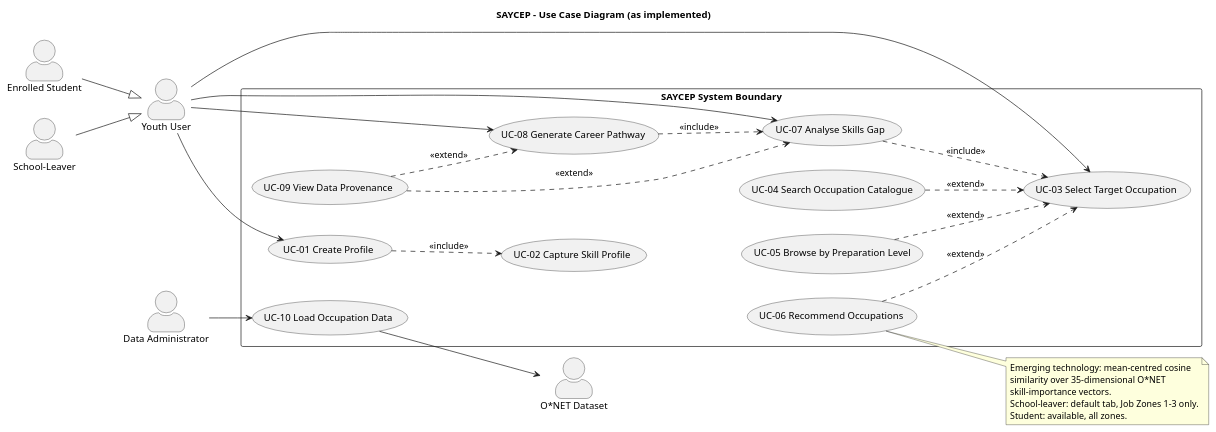
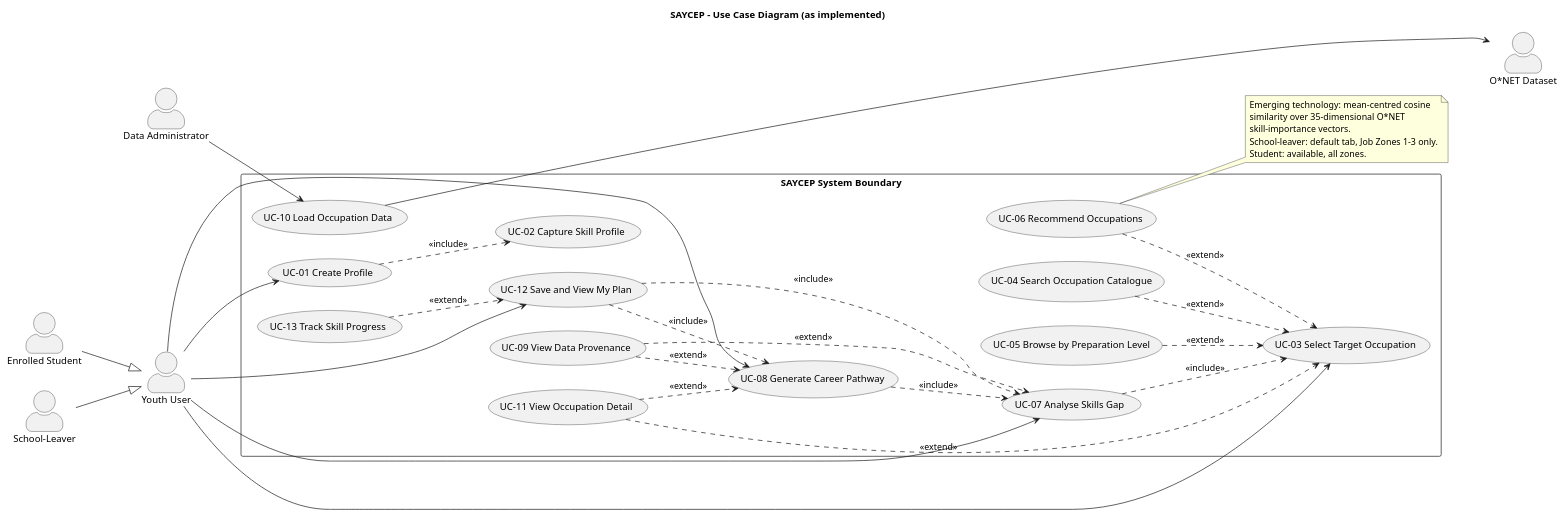
Before and after one commit to ShogunLSG/SAYCEP: the diagram in docs/uml/a3/02-use-case.puml, drawn with PlantUML. The commit also changed 26 other files, not shown here.

First line of the commit message:
Redraw the Assignment 3 diagrams for the built system

```diff
--- a/docs/uml/a3/02-use-case.puml
+++ b/docs/uml/a3/02-use-case.puml
@@ -1,58 +1,73 @@
 @startuml SAYCEP_A3_UseCase
 ' Assignment 3 Q3.2 - use-case diagram updated to the implemented system.
 ' Change from Assignment 2: search, browse and recommendations are all
 ' available to both profile types as tabs on one screen; the profile type
 ' only sets which tab opens first. UC-03 is now extended by the three ways
 ' of choosing a target rather than each belonging to one actor.
+' Version 1.1 (30 September): UC-11 to UC-13 added for the occupation
+' panel, the saved plan dashboard and skill progress (ADR-0005 to 0007).
 title SAYCEP - Use Case Diagram (as implemented)
 left to right direction
 skinparam packageStyle rectangle
 skinparam actorStyle awesome
 
 actor "Youth User" as User
 actor "Enrolled Student" as Student
 actor "School-Leaver" as Leaver
 actor "Data Administrator" as Admin
 actor "O*NET Dataset" as ONET
 
 Student --|> User
 Leaver --|> User
 
 rectangle "SAYCEP System Boundary" {
   usecase "UC-01 Create Profile" as UC1
   usecase "UC-02 Capture Skill Profile" as UC2
   usecase "UC-03 Select Target Occupation" as UC3
   usecase "UC-04 Search Occupation Catalogue" as UC4
   usecase "UC-05 Browse by Preparation Level" as UC5
   usecase "UC-06 Recommend Occupations" as UC6
   usecase "UC-07 Analyse Skills Gap" as UC7
   usecase "UC-08 Generate Career Pathway" as UC8
   usecase "UC-09 View Data Provenance" as UC9
   usecase "UC-10 Load Occupation Data" as UC10
+  usecase "UC-11 View Occupation Detail" as UC11
+  usecase "UC-12 Save and View My Plan" as UC12
+  usecase "UC-13 Track Skill Progress" as UC13
 }
 
 User --> UC1
 User --> UC3
 User --> UC7
 User --> UC8
+User --> UC12
 Admin --> UC10
 
 UC1 ..> UC2 : <<include>>
 UC4 ..> UC3 : <<extend>>
 UC5 ..> UC3 : <<extend>>
 UC6 ..> UC3 : <<extend>>
 UC7 ..> UC3 : <<include>>
 UC8 ..> UC7 : <<include>>
 UC9 ..> UC7 : <<extend>>
 UC9 ..> UC8 : <<extend>>
+UC11 ..> UC3 : <<extend>>
+UC11 ..> UC8 : <<extend>>
+UC12 ..> UC7 : <<include>>
+UC12 ..> UC8 : <<include>>
+UC13 ..> UC12 : <<extend>>
 
 UC10 --> ONET
+' Layout only: keep the dataset actor to the right of the boundary.
+UC6 -[hidden]-> ONET
+UC3 -[hidden]-> ONET
 
 note right of UC6
   Emerging technology: mean-centred cosine
   similarity over 35-dimensional O*NET
   skill-importance vectors.
   School-leaver: default tab, Job Zones 1-3 only.
   Student: available, all zones.
 end note
+
 @enduml
```
